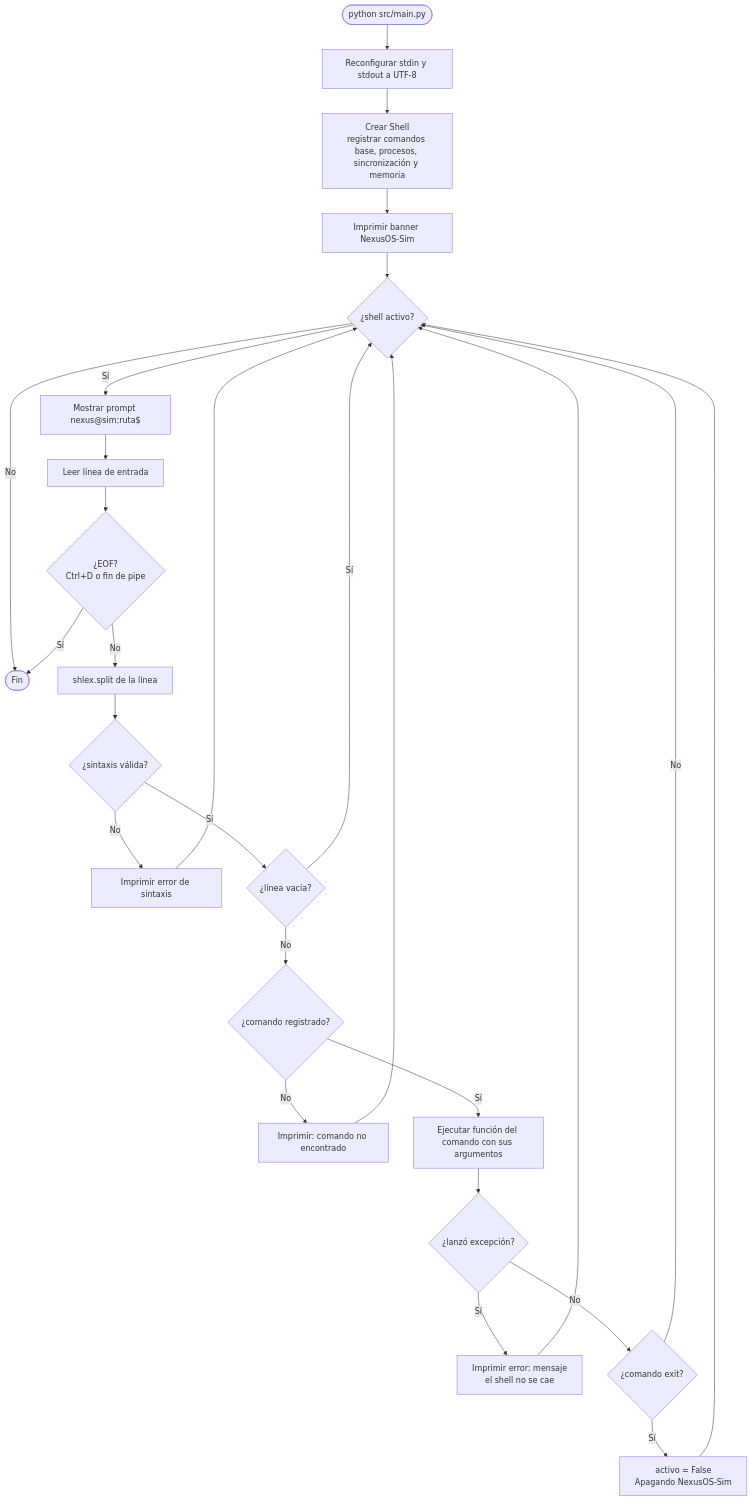
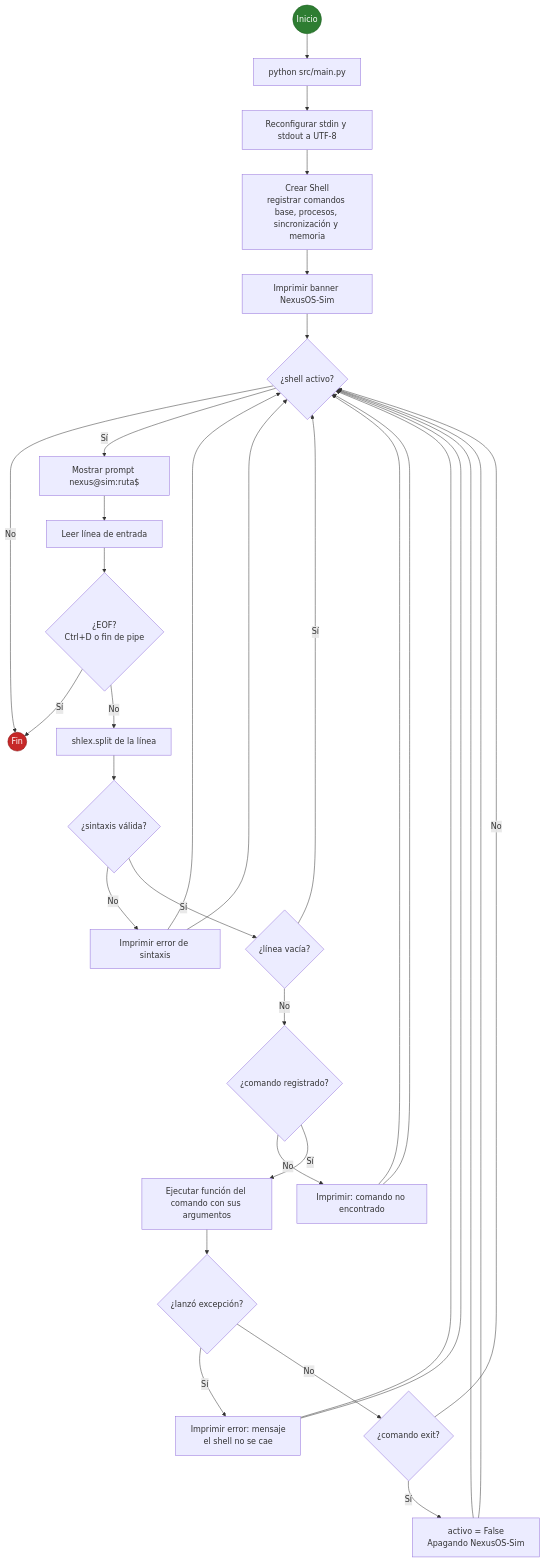
The diagram in docs/flujogramas/02_shell_bucle_principal.mmd (mjoacobf/SI421V_SW407V_Proyecto), drawn with Mermaid before and after one commit. The commit also changed 24 other files, not shown here.

```diff
--- a/docs/flujogramas/02_shell_bucle_principal.mmd
+++ b/docs/flujogramas/02_shell_bucle_principal.mmd
@@ -1,27 +1,37 @@
 flowchart TD
-    A(["python src/main.py"]) --> B["Reconfigurar stdin y stdout a UTF-8"]
+    INI(("Inicio")) --> A["python src/main.py"]
+    A --> B["Reconfigurar stdin y stdout a UTF-8"]
     B --> C["Crear Shell<br/>registrar comandos base, procesos, sincronización y memoria"]
     C --> D["Imprimir banner NexusOS-Sim"]
     D --> E{"¿shell activo?"}
-    E -- "No" --> Z(["Fin"])
+    E -- "No" --> FIN(("Fin"))
     E -- "Sí" --> F["Mostrar prompt nexus@sim:ruta$"]
     F --> G["Leer línea de entrada"]
     G --> H{"¿EOF?<br/>Ctrl+D o fin de pipe"}
-    H -- "Sí" --> Z
+    H -- "Sí" --> FIN
     H -- "No" --> I["shlex.split de la línea"]
     I --> J{"¿sintaxis válida?"}
     J -- "No" --> K["Imprimir error de sintaxis"]
+    K --> E
     J -- "Sí" --> L{"¿línea vacía?"}
     L -- "Sí" --> E
     L -- "No" --> M{"¿comando registrado?"}
     M -- "No" --> N["Imprimir: comando no encontrado"]
+    N --> E
     M -- "Sí" --> O["Ejecutar función del comando con sus argumentos"]
     O --> P{"¿lanzó excepción?"}
     P -- "Sí" --> Q["Imprimir error: mensaje<br/>el shell no se cae"]
+    Q --> E
     P -- "No" --> R{"¿comando exit?"}
     R -- "Sí" --> S["activo = False<br/>Apagando NexusOS-Sim"]
+    S --> E
     R -- "No" --> E
     K --> E
     N --> E
     Q --> E
     S --> E
+
+    classDef inicio fill:#2e7d32,stroke:#1b5e20,color:#ffffff
+    classDef fin fill:#c62828,stroke:#7f0000,color:#ffffff
+    class INI inicio
+    class FIN fin
```
